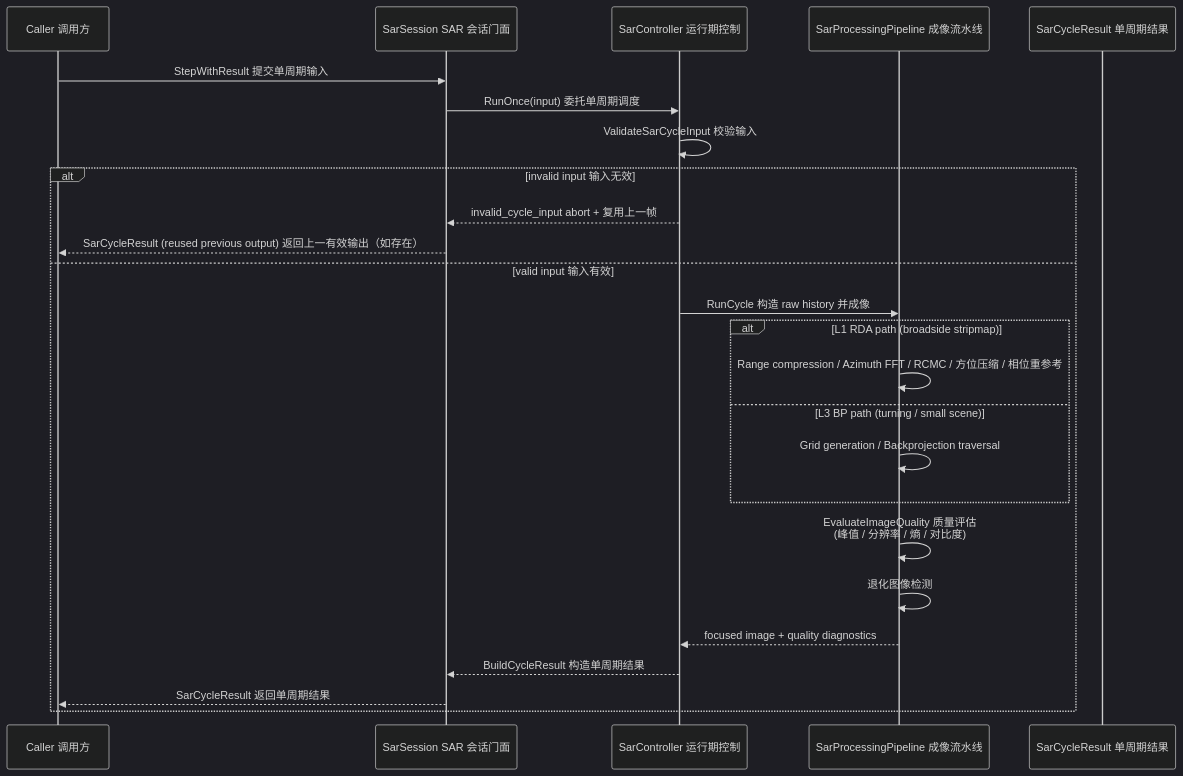
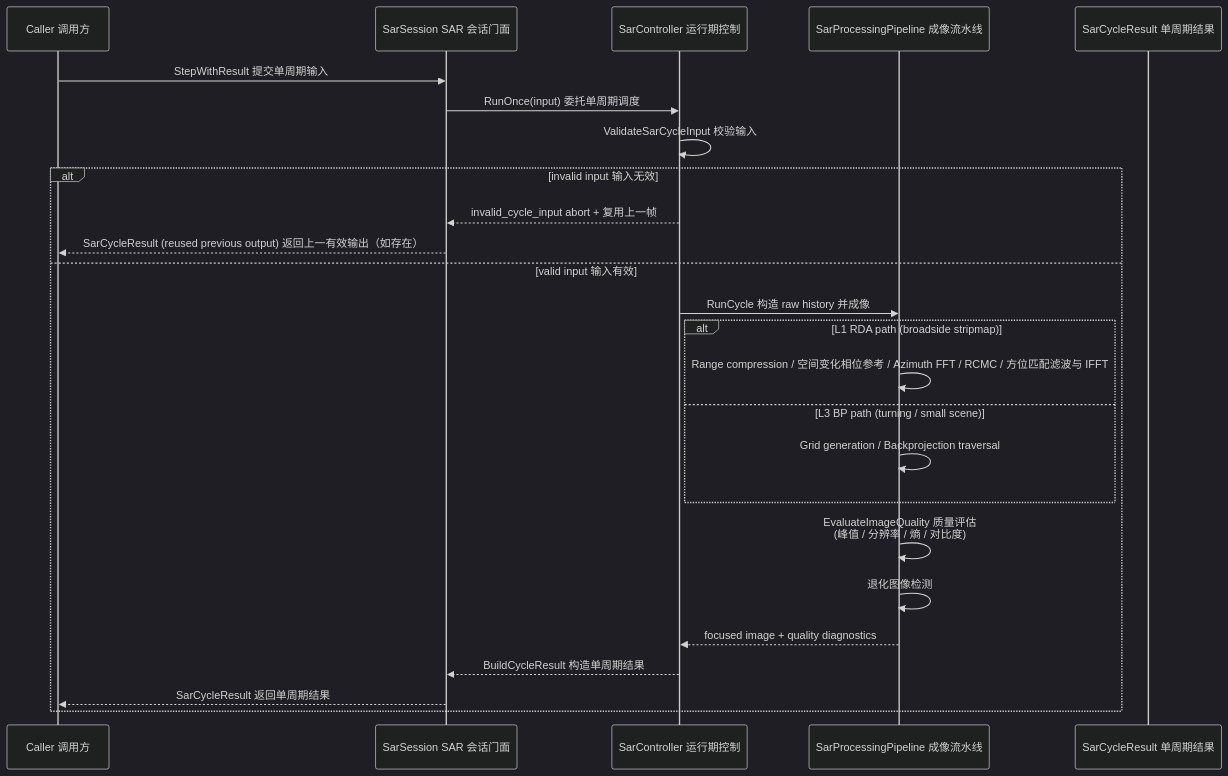
One commit to boilwater-3/1q changed the second of 4 diagrams in docs/sar/design.md. Above: the diagram before and after it, drawn with Mermaid (dark theme). The commit also changed other lines of this file and 11 other files, not shown here.

````diff
--- a/docs/sar/design.md
+++ b/docs/sar/design.md
@@ -110,28 +111,28 @@
 ```mermaid
 sequenceDiagram
   participant Caller as Caller 调用方
   participant Session as SarSession SAR 会话门面
   participant Controller as SarController 运行期控制
   participant Pipeline as SarProcessingPipeline 成像流水线
   participant Result as SarCycleResult 单周期结果
 
   Caller->>Session: StepWithResult 提交单周期输入
   Session->>Controller: RunOnce(input) 委托单周期调度
   Controller->>Controller: ValidateSarCycleInput 校验输入
   alt invalid input 输入无效
     Controller-->>Session: invalid_cycle_input abort + 复用上一帧
     Session-->>Caller: SarCycleResult (reused previous output) 返回上一有效输出（如存在）
   else valid input 输入有效
     Controller->>Pipeline: RunCycle 构造 raw history 并成像
     alt L1 RDA path (broadside stripmap)
-      Pipeline->>Pipeline: Range compression / Azimuth FFT / RCMC / 方位压缩 / 相位重参考
+      Pipeline->>Pipeline: Range compression / 空间变化相位参考 / Azimuth FFT / RCMC / 方位匹配滤波与 IFFT
     else L3 BP path (turning / small scene)
       Pipeline->>Pipeline: Grid generation / Backprojection traversal
     end
     Pipeline->>Pipeline: EvaluateImageQuality 质量评估<br/>(峰值 / 分辨率 / 熵 / 对比度)
     Pipeline->>Pipeline: 退化图像检测
     Pipeline-->>Controller: focused image + quality diagnostics
     Controller-->>Session: BuildCycleResult 构造单周期结果
     Session-->>Caller: SarCycleResult 返回单周期结果
   end
 ```
````
